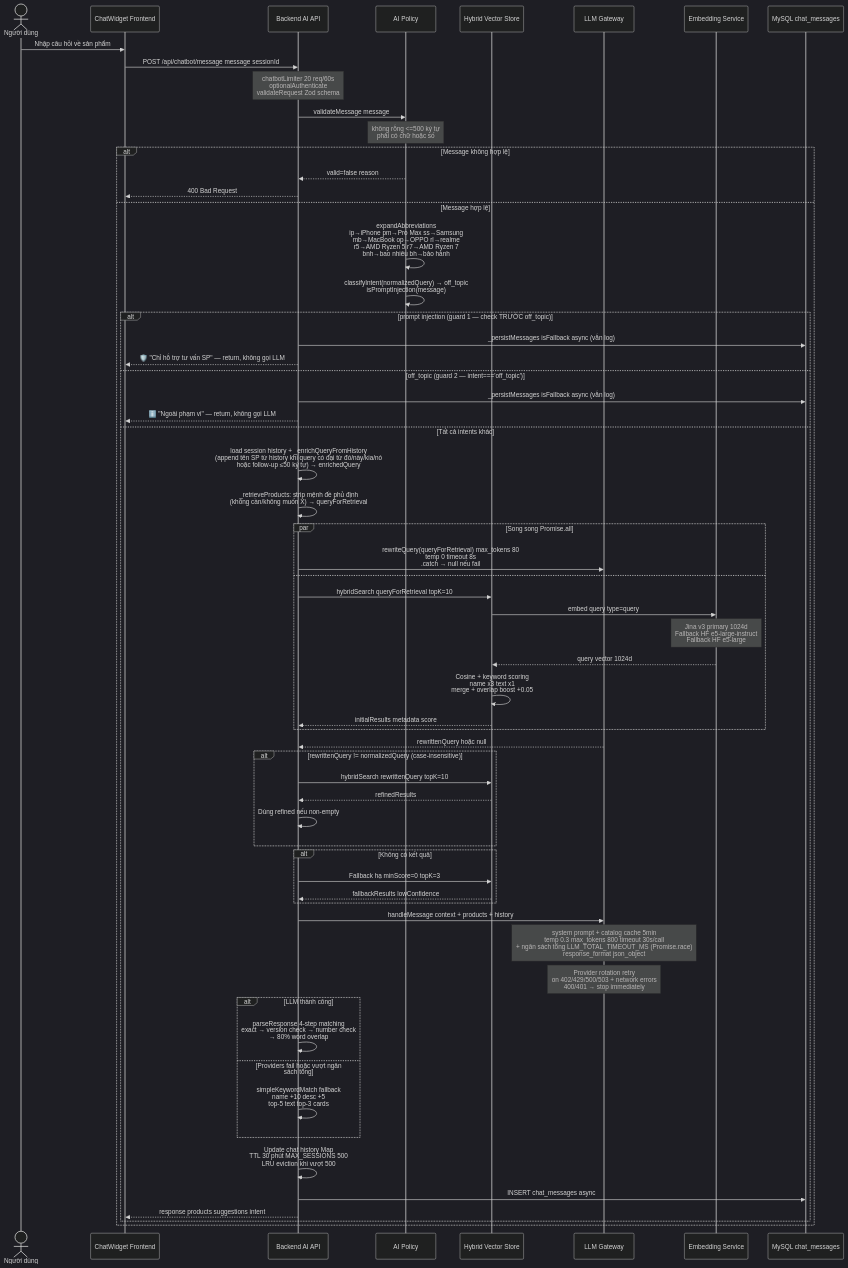
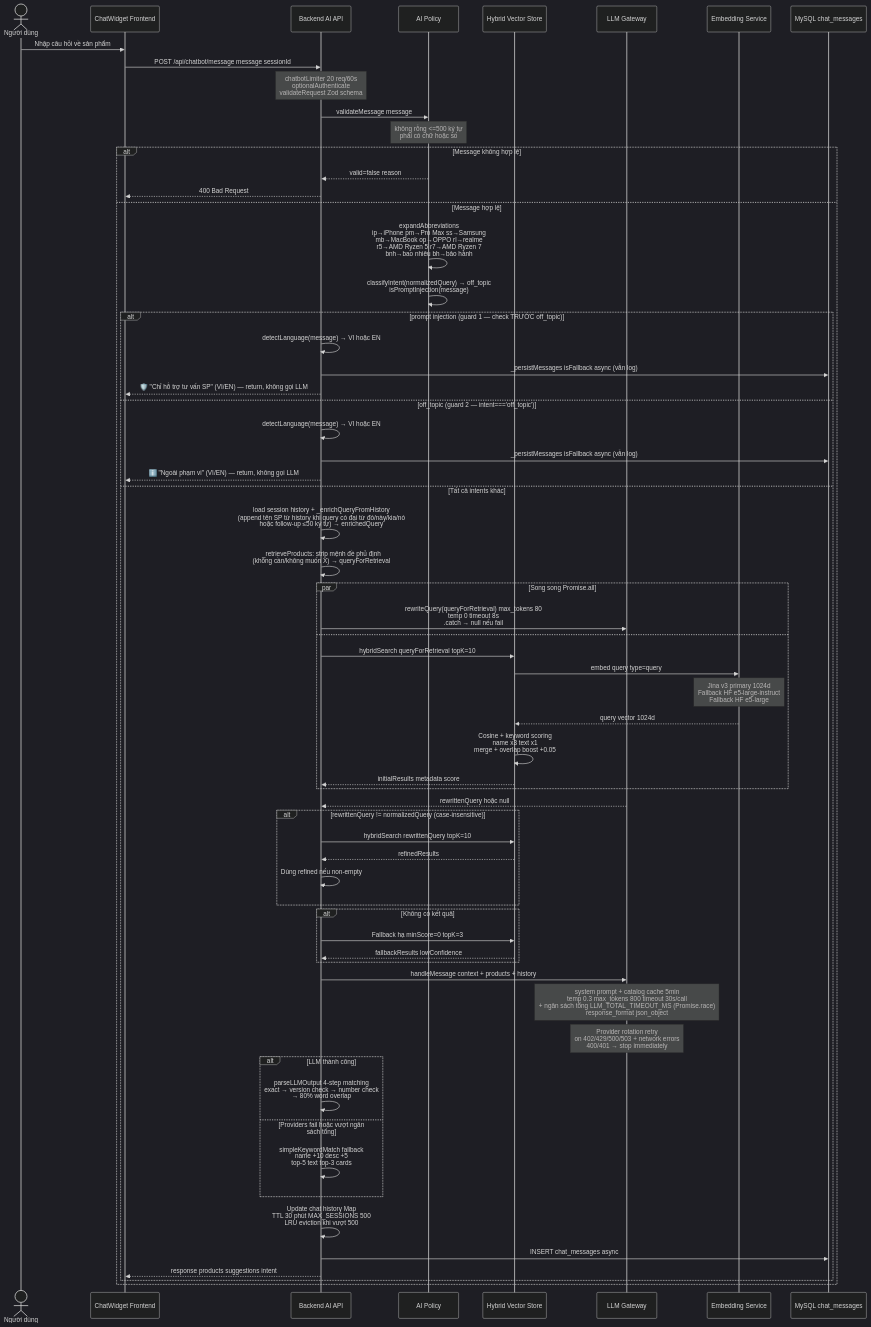
Diagram 26 of 47 in DIAGRAMS.md (MinhThang1009/E-commerce-website), drawn with Mermaid (dark theme) before and after one commit. The commit also changed other lines of this file and 4 other files, not shown here.

````diff
--- a/DIAGRAMS.md
+++ b/DIAGRAMS.md
@@ -865,74 +865,76 @@
 ```mermaid
 sequenceDiagram
     actor User as Người dùng
     participant CW as ChatWidget Frontend
     participant API as Backend AI API
     participant Policy as AI Policy
     participant VS as Hybrid Vector Store
     participant LLM as LLM Gateway
     participant Embed as Embedding Service
     participant DB as MySQL chat_messages
 
     User->>CW: Nhập câu hỏi về sản phẩm
     CW->>API: POST /api/chatbot/message message sessionId
     Note over API: chatbotLimiter 20 req/60s<br/>optionalAuthenticate<br/>validateRequest Zod schema
 
     API->>Policy: validateMessage message
     Note over Policy: không rỗng <=500 ký tự<br/>phải có chữ hoặc số
 
     alt Message không hợp lệ
         Policy-->>API: valid=false reason
         API-->>CW: 400 Bad Request
     else Message hợp lệ
         Policy->>Policy: expandAbbreviations<br/>ip→iPhone pm→Pro Max ss→Samsung<br/>mb→MacBook op→OPPO rl→realme<br/>r5→AMD Ryzen 5 r7→AMD Ryzen 7<br/>bnh→bao nhiêu bh→bảo hành
         Policy->>Policy: classifyIntent(normalizedQuery) → off_topic<br/>isPromptInjection(message)
 
         alt prompt injection (guard 1 — check TRƯỚC off_topic)
+            API->>API: detectLanguage(message) → VI hoặc EN
             API->>DB: _persistMessages isFallback async (vẫn log)
-            API-->>CW: 🛡️ "Chỉ hỗ trợ tư vấn SP" — return, không gọi LLM
+            API-->>CW: 🛡️ "Chỉ hỗ trợ tư vấn SP" (VI/EN) — return, không gọi LLM
         else off_topic (guard 2 — intent==='off_topic')
+            API->>API: detectLanguage(message) → VI hoặc EN
             API->>DB: _persistMessages isFallback async (vẫn log)
-            API-->>CW: ℹ️ "Ngoài phạm vi" — return, không gọi LLM
+            API-->>CW: ℹ️ "Ngoài phạm vi" (VI/EN) — return, không gọi LLM
         else Tất cả intents khác
             API->>API: load session history + _enrichQueryFromHistory<br/>(append tên SP từ history khi query có đại từ đó/này/kia/nó<br/>hoặc follow-up ≤50 ký tự) → enrichedQuery
             API->>API: _retrieveProducts: strip mệnh đề phủ định<br/>(không cần/không muốn X) → queryForRetrieval
             par Song song Promise.all
                 API->>LLM: rewriteQuery(queryForRetrieval) max_tokens 80<br/>temp 0 timeout 8s<br/>.catch → null nếu fail
             and
                 API->>VS: hybridSearch queryForRetrieval topK=10
                 VS->>Embed: embed query type=query
                 Note over Embed: Jina v3 primary 1024d<br/>Fallback HF e5-large-instruct<br/>Fallback HF e5-large
                 Embed-->>VS: query vector 1024d
                 VS->>VS: Cosine + keyword scoring<br/>name x3 text x1<br/>merge + overlap boost +0.05
                 VS-->>API: initialResults metadata score
             end
 
             LLM-->>API: rewrittenQuery hoặc null
 
             alt rewrittenQuery != normalizedQuery (case-insensitive)
                 API->>VS: hybridSearch rewrittenQuery topK=10
                 VS-->>API: refinedResults
                 API->>API: Dùng refined nếu non-empty
             end
 
             alt Không có kết quả
                 API->>VS: Fallback hạ minScore=0 topK=3
                 VS-->>API: fallbackResults lowConfidence
             end
 
             API->>LLM: handleMessage context + products + history
             Note over LLM: system prompt + catalog cache 5min<br/>temp 0.3 max_tokens 800 timeout 30s/call<br/>+ ngân sách tổng LLM_TOTAL_TIMEOUT_MS (Promise.race)<br/>response_format json_object
             Note over LLM: Provider rotation retry<br/>on 402/429/500/503 + network errors<br/>400/401 → stop immediately
 
             alt LLM thành công
-                API->>API: parseResponse 4-step matching<br/>exact → version check → number check<br/>→ 80% word overlap
+                API->>API: parseLLMOutput 4-step matching<br/>exact → version check → number check<br/>→ 80% word overlap
             else Providers fail hoặc vượt ngân sách tổng
                 API->>API: simpleKeywordMatch fallback<br/>name +10 desc +5<br/>top-5 text top-3 cards
             end
 
             API->>API: Update chat history Map<br/>TTL 30 phút MAX_SESSIONS 500<br/>LRU eviction khi vượt 500
             API->>DB: INSERT chat_messages async
             API-->>CW: response products suggestions intent
         end
     end
 ```
````
